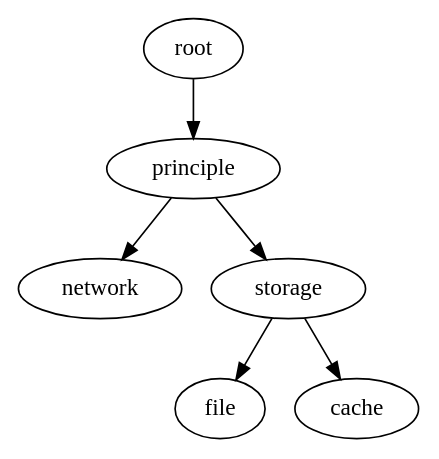
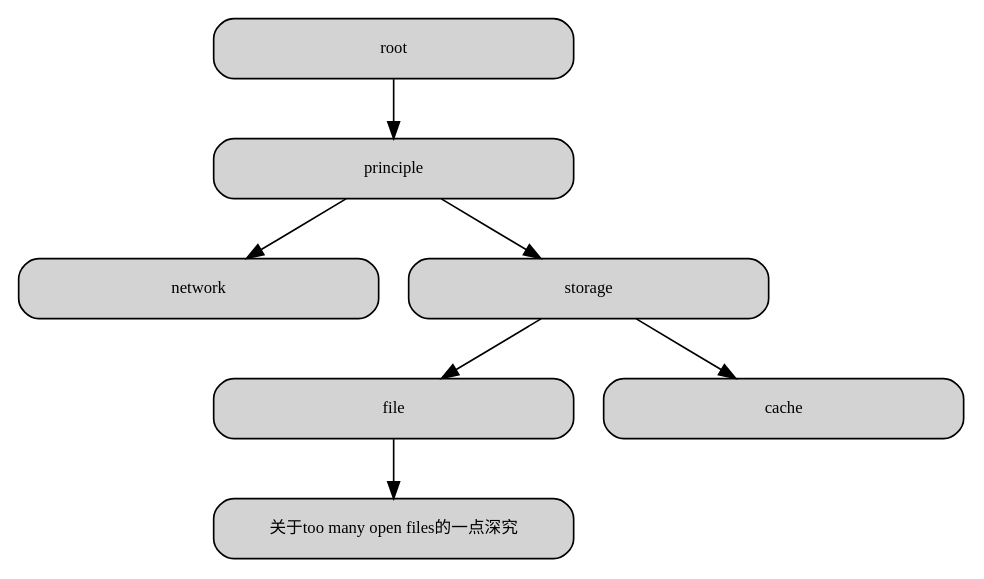
The diagram in dev_forest.dot (changjixiong/program_forest), drawn with Graphviz before and after one commit.

Commit message:
add a_slight_dive_into_too_many_open_files

```diff
--- a/dev_forest.dot
+++ b/dev_forest.dot
@@ -1,8 +1,26 @@
 digraph forest {
+	
+	style="rounded,filled"
+
+	{
+		node [shape="box", style="rounded,filled", fixedsize=true, width=3, height=0.5, fontname="Futura", fontsize=10]
+		root
+		principle
+		network
+		storage
+		file
+		cache
+
+		a_slight_dive_into_too_many_open_files [label = "关于too many open files的一点深究" URL="http://changjixiong.com/a-slight-dive-into-too-many-open-files/"]
+	}
+
 	root -> principle
 	principle ->network
 	principle ->storage
 
 	storage->file
 	storage->cache
+
+	file -> a_slight_dive_into_too_many_open_files
+
 }
```
